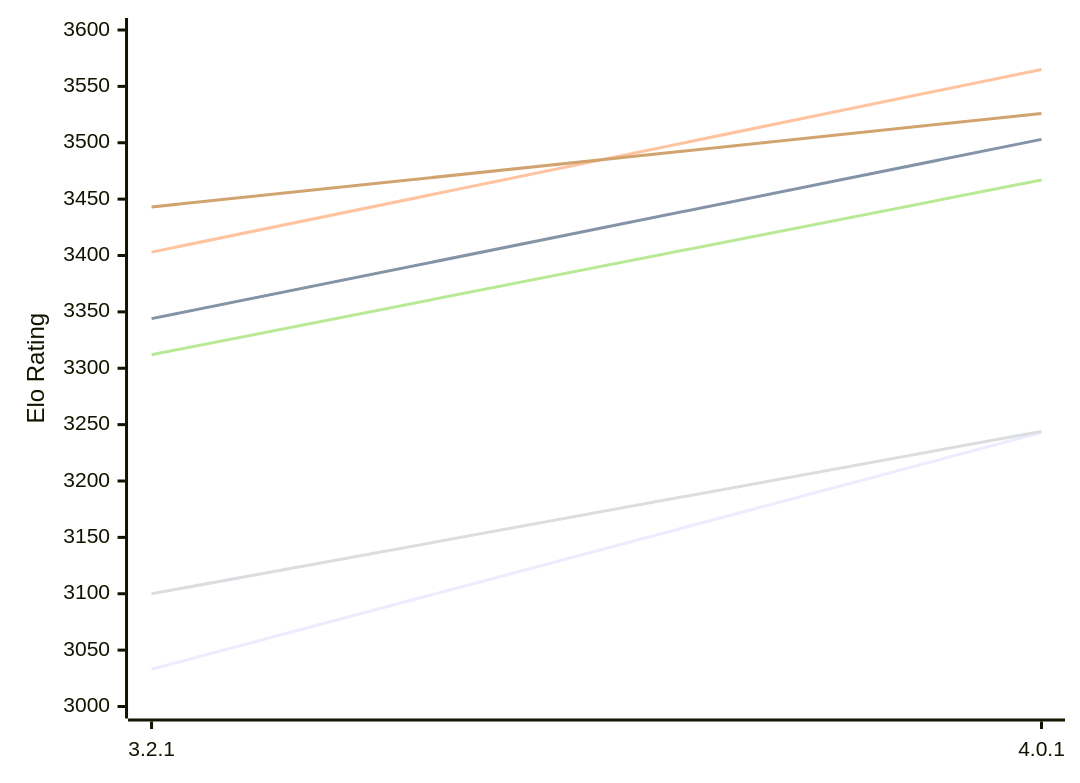
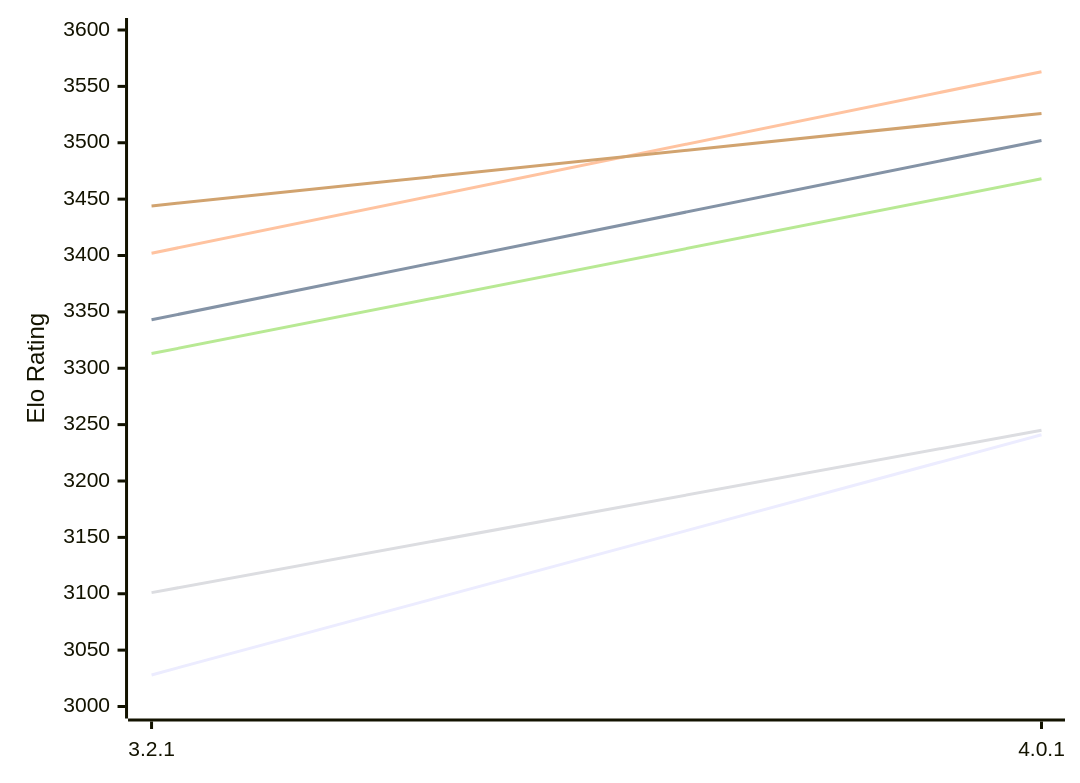
The first of 2 diagrams in engines/Prune.md (computer-chess-index/cci), drawn with Mermaid before and after one commit. The commit also changed other lines of this file, not shown here.

Commit message:
Update CCI Ratings (ELO VLTC) - 2026-11-28

````diff
--- a/engines/Prune.md
+++ b/engines/Prune.md
@@ -56,12 +56,12 @@
 ```mermaid
 %%{init: {"theme":"base","themeVariables":{"seriesColors:['#a3a3a3','#222221','#faa371']}}}%%
 xychart-beta
   x-axis ["3.2.1", "4.0.1"]
   y-axis "Elo Rating" 3000 --> 3600
-  line "E1: STC (8.0+0.08s)" [3033, 3243]
-  line "E1: LTC (60.0+0.60s)" [3344, 3503]
-  line "E1: VLTC (2m24s+1.12s)" [3403, 3565]
-  line "P1: STC (8.0+0.08s)" [3100, 3244]
-  line "P1: LTC (60.0+0.60s)" [3312, 3467]
-  line "P1: VLTC (2m24s+1.12s)" [3443, 3526]
+  line "E1: STC (8.0+0.08s)" [3028, 3241]
+  line "E1: LTC (60.0+0.60s)" [3343, 3502]
+  line "E1: VLTC (2m24s+1.12s)" [3402, 3563]
+  line "P1: STC (8.0+0.08s)" [3101, 3245]
+  line "P1: LTC (60.0+0.60s)" [3313, 3468]
+  line "P1: VLTC (2m24s+1.12s)" [3444, 3526]
 ```
````
